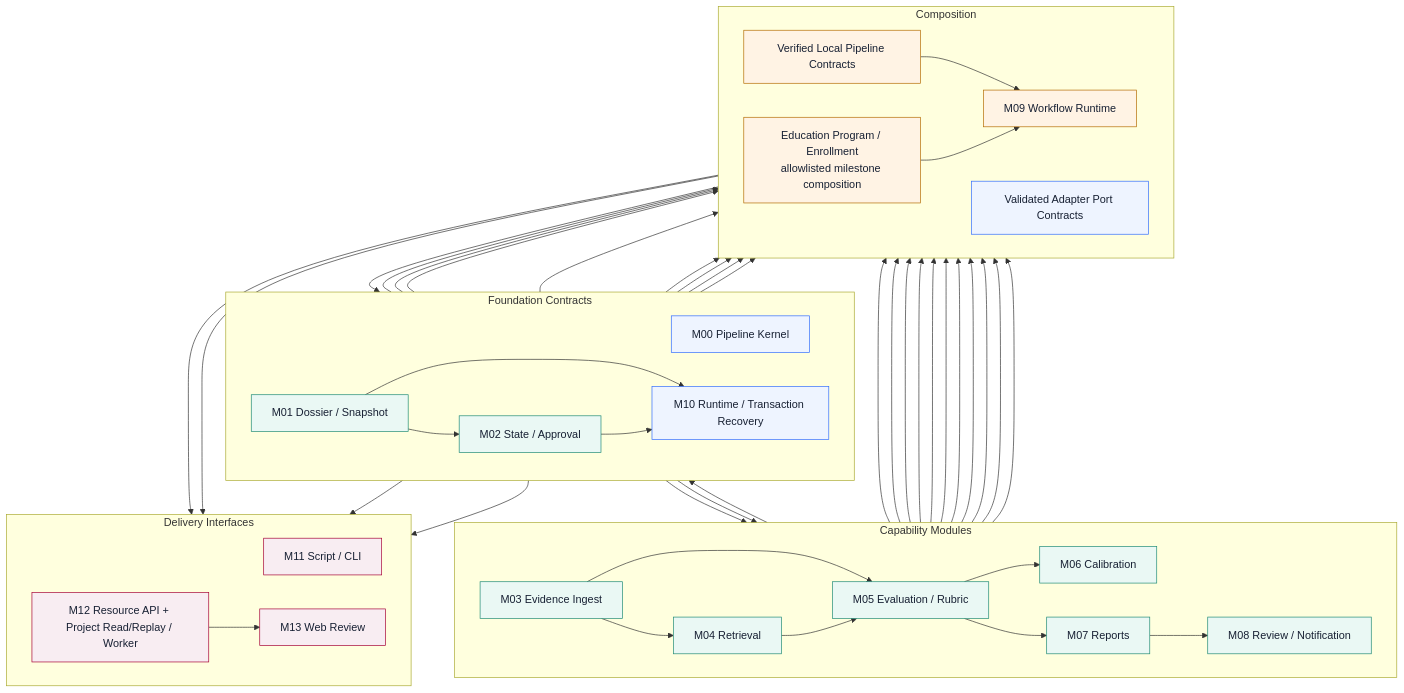
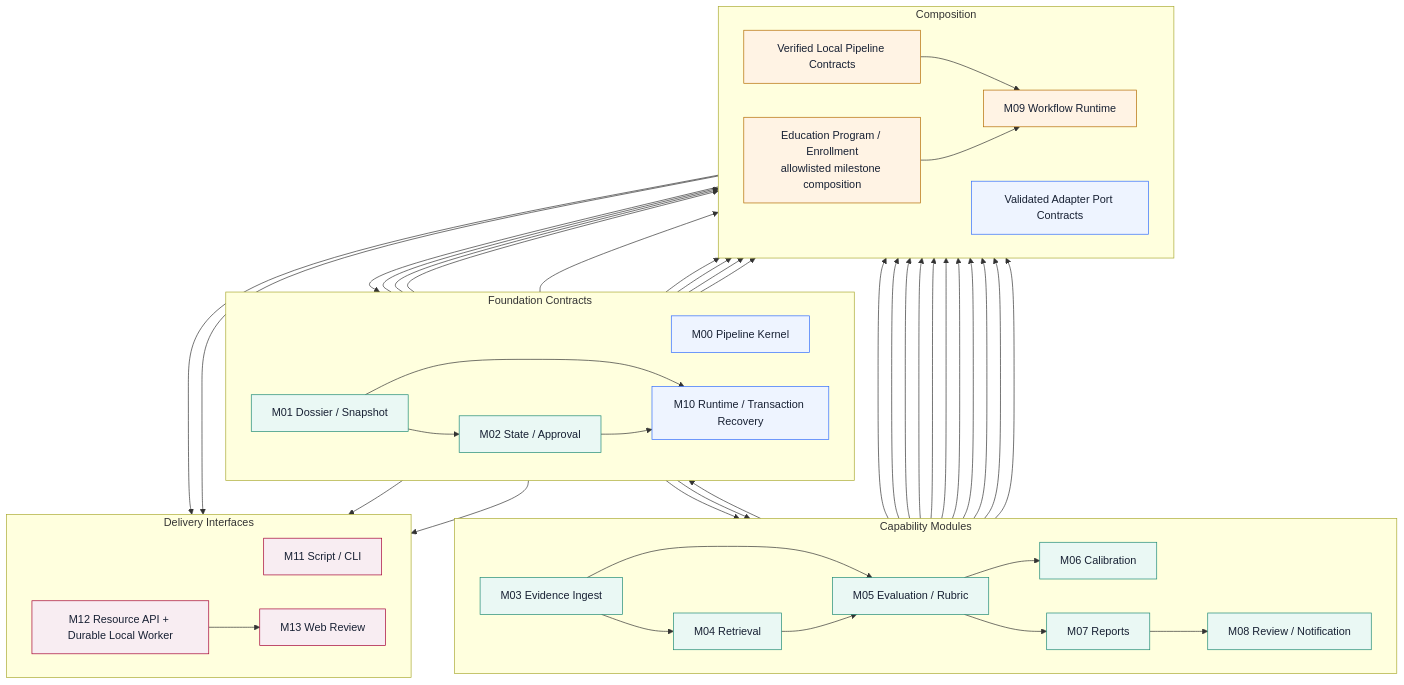
One commit to Infant83/AXCalib changed diagram 13 of 17 in docs/architecture/workflow-blueprint.md. Above: the diagram before and after it, drawn with Mermaid. The commit also changed other lines of this file and 39 other files, not shown here.

Commit message:
feat: add durable local worker contract

````diff
--- a/docs/architecture/workflow-blueprint.md
+++ b/docs/architecture/workflow-blueprint.md
@@ -449,71 +484,71 @@
 ```mermaid
 flowchart TB
     subgraph F["Foundation Contracts"]
         direction LR
         M00["M00 Pipeline Kernel"]
         M01["M01 Dossier / Snapshot"] --> M02["M02 State / Approval"]
         M01 --> M10["M10 Runtime / Transaction Recovery"]
         M02 --> M10
     end
 
     subgraph C["Capability Modules"]
         direction LR
         M03["M03 Evidence Ingest"] --> M04["M04 Retrieval"]
         M01 --> M05["M05 Evaluation / Rubric"]
         M03 --> M05
         M04 --> M05
         M05 --> M06["M06 Calibration"]
         M05 --> M07["M07 Reports"]
         M02 --> M08["M08 Review / Notification"]
         M07 --> M08
         M08 --> M10
     end
 
     subgraph O["Composition"]
         direction LR
         PC["Verified Local Pipeline Contracts"] --> M09["M09 Workflow Runtime"]
         EP["Education Program / Enrollment\nallowlisted milestone composition"] --> M09
         AP["Validated Adapter Port Contracts"] --> M10
     end
 
     subgraph I["Delivery Interfaces"]
         direction LR
         M11["M11 Script / CLI"]
-        M12["M12 Resource API + Project Read/Replay / Worker"] --> M13["M13 Web Review"]
+        M12["M12 Resource API + Durable Local Worker"] --> M13["M13 Web Review"]
     end
 
     M00 --> PC
     M01 --> PC
     M02 --> PC
     M03 --> PC
     M04 --> PC
     M05 --> PC
     M06 --> PC
     M07 --> PC
     M08 --> PC
     M10 --> PC
     M01 --> EP
     M02 --> EP
     M08 --> EP
 
     M00 --> AP
     M01 --> AP
     M03 --> AP
     M04 --> AP
     M05 --> AP
     M08 --> AP
 
     M09 --> M11
     M10 --> M11
     M09 --> M12
     M10 --> M12
 
     classDef foundation fill:#EEF4FF,stroke:#2F6BFF,color:#172033;
     classDef domain fill:#EAF8F4,stroke:#1E8A75,color:#172033;
     classDef orchestration fill:#FFF3E4,stroke:#B36B00,color:#172033;
     classDef interface fill:#F8EDF2,stroke:#A50034,color:#172033;
     class M00,M10,AP foundation;
     class M01,M02,M03,M04,M05,M06,M07,M08 domain;
     class M09,PC,EP orchestration;
     class M11,M12,M13 interface;
 ```
````
